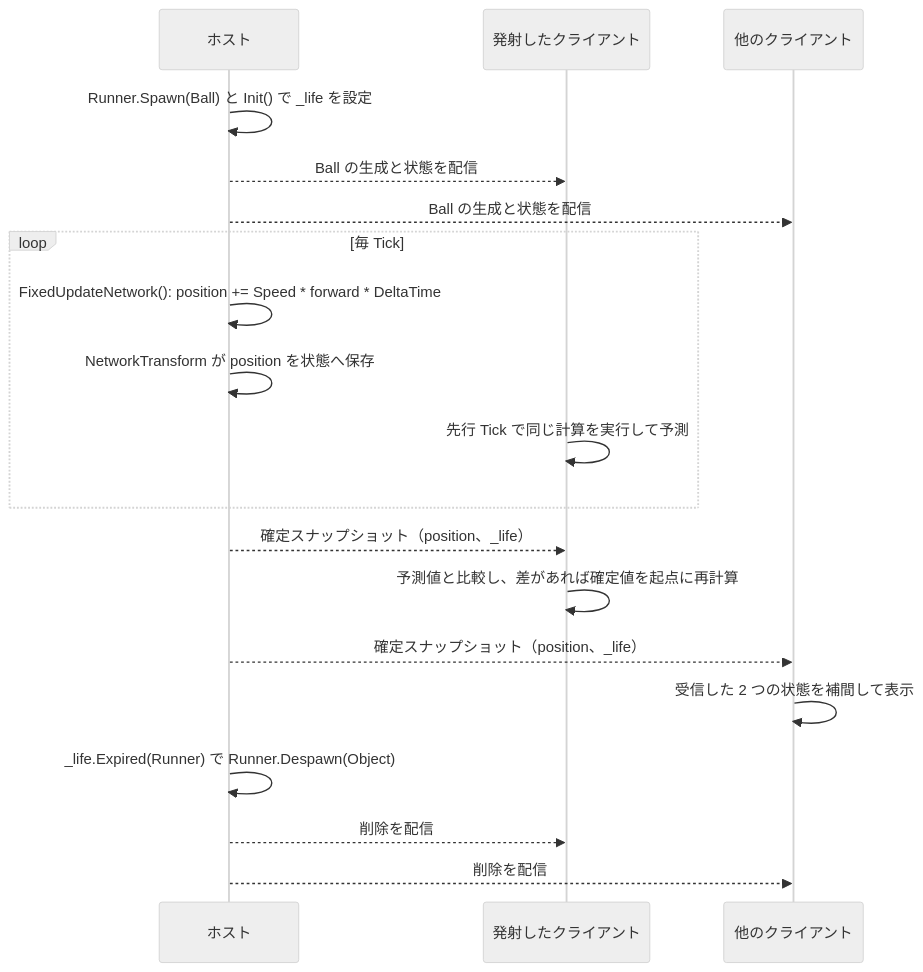
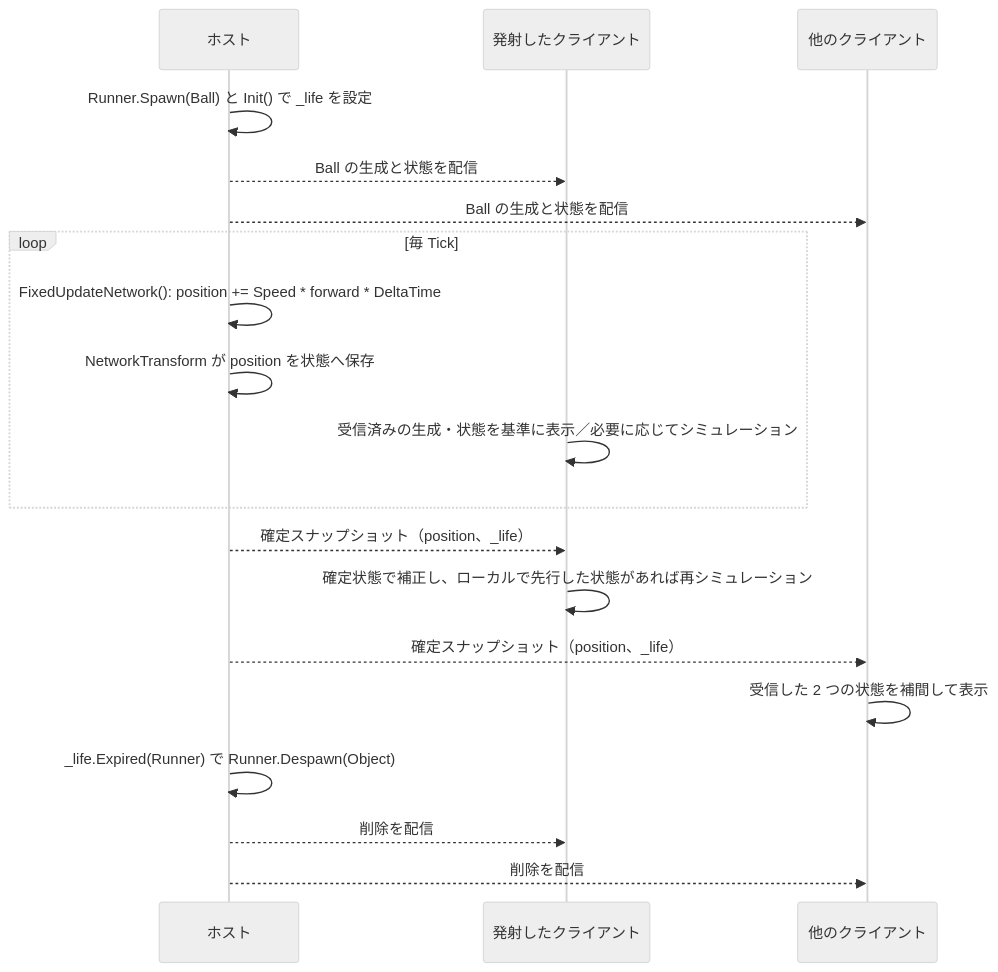
One commit to jshimura-DAS/Trial2026_fusion-host-basics-2.1.1 changed the second of 3 diagrams in Docs/ホストモードにおける入力共有と予測（続）Ball・物理・NetworkInputData.md. Above: the diagram before and after it, drawn with Mermaid (neutral theme). The commit also changed other lines of this file, not shown here.

````diff
--- a/Docs/ホストモードにおける入力共有と予測（続）Ball・物理・NetworkInputData.md
+++ b/Docs/ホストモードにおける入力共有と予測（続）Ball・物理・NetworkInputData.md
@@ -138,25 +138,25 @@
 ```mermaid
 sequenceDiagram
 	participant H as ホスト
 	participant C as 発射したクライアント
 	participant O as 他のクライアント
 
 	H->>H: Runner.Spawn(Ball) と Init() で _life を設定
 	H-->>C: Ball の生成と状態を配信
 	H-->>O: Ball の生成と状態を配信
 
 	loop 毎 Tick
 		H->>H: FixedUpdateNetwork(): position += Speed * forward * DeltaTime
 		H->>H: NetworkTransform が position を状態へ保存
-		C->>C: 先行 Tick で同じ計算を実行して予測
+		C->>C: 受信済みの生成・状態を基準に表示／必要に応じてシミュレーション
 	end
 
 	H-->>C: 確定スナップショット（position、_life）
-	C->>C: 予測値と比較し、差があれば確定値を起点に再計算
+	C->>C: 確定状態で補正し、ローカルで先行した状態があれば再シミュレーション
 	H-->>O: 確定スナップショット（position、_life）
 	O->>O: 受信した 2 つの状態を補間して表示
 
 	H->>H: _life.Expired(Runner) で Runner.Despawn(Object)
 	H-->>C: 削除を配信
 	H-->>O: 削除を配信
 ```
````
